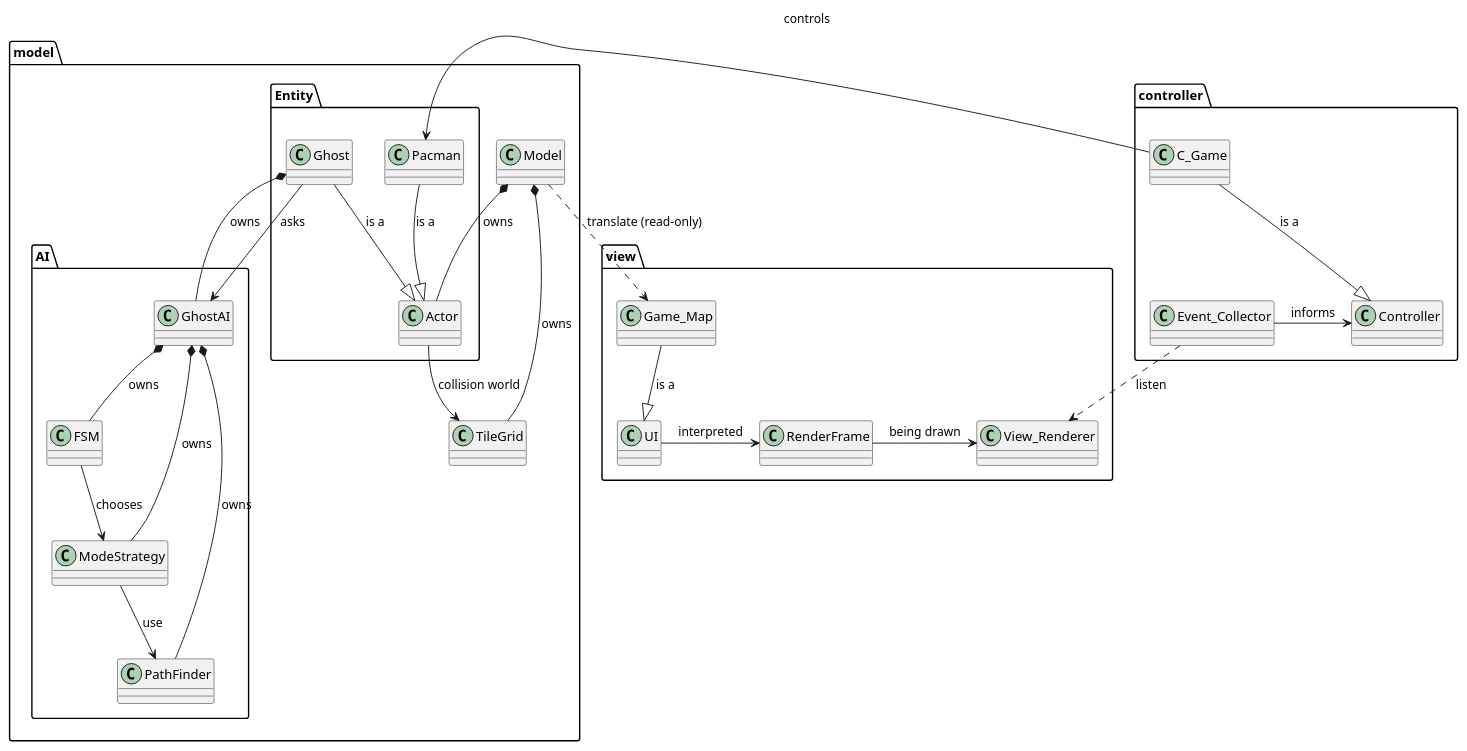
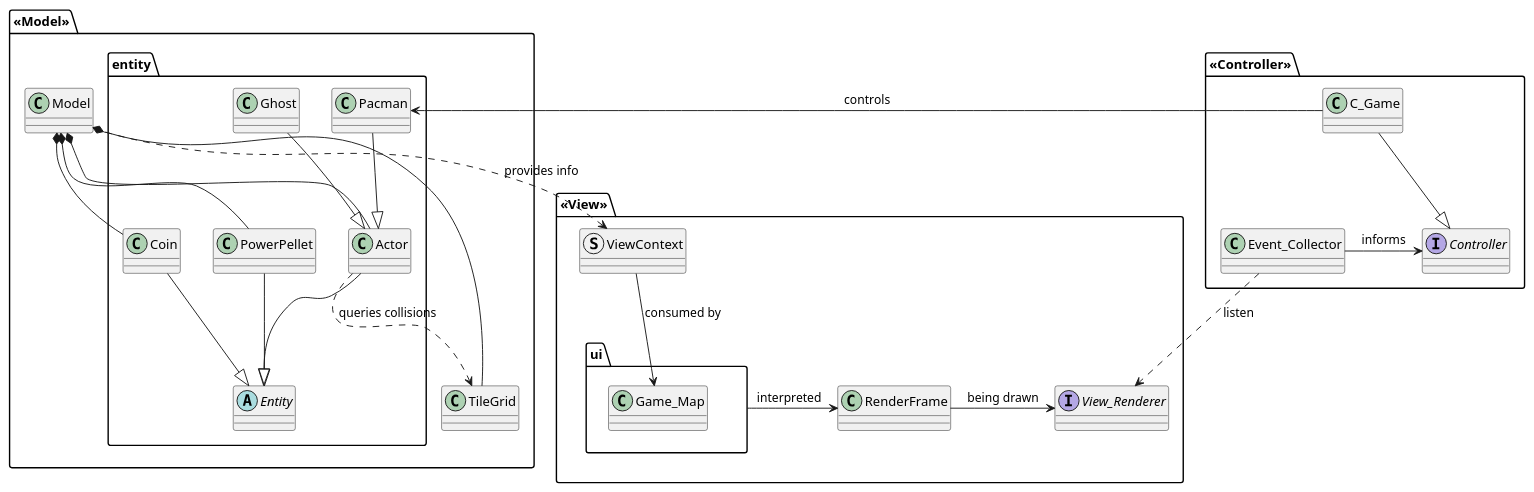
One commit to sukhoviidaniil/Pacman-AP-2025-2026 changed the diagram in report/mvc.puml. Above: the diagram before and after it, drawn with PlantUML. The commit also changed 6 other files, not shown here.

```diff
--- a/report/mvc.puml
+++ b/report/mvc.puml
@@ -1,70 +1,62 @@
 @startuml
 
 
-package model {
-    package AI{
-        class GhostAI
-        class FSM
-        class ModeStrategy
-        class PathFinder
+package <<Model>> {
+    package entity {
+        abstract class Entity
+        class Actor
+        class Pacman
+        class Ghost
+        class Coin
+        class PowerPellet
     }
-    package Entity{
-        class Actor
-        class Ghost
-        class Pacman
-    }
+
     class Model
     class TileGrid
 }
 
 
-package view {
-
-    class UI
-    class Game_Map
+package <<View>> {
+    struct ViewContext
+    interface View_Renderer
     class RenderFrame
-
-    class View_Renderer
+    package ui{
+        class Game_Map
+    }
 }
 
-package controller {
+package <<Controller>> {
     class Event_Collector
-    class Controller
+    interface Controller
     class C_Game
 }
 
-Model *-- TileGrid: owns
-Model *-- Actor: owns
-Model ..> Game_Map : translate (read-only)
+ViewContext --> Game_Map : consumed by
 
-Actor --> TileGrid: collision world
+Coin --|> Entity
+PowerPellet --|> Entity
 
-Pacman --|> Actor: is a
+Actor --|> Entity
+Actor ..> TileGrid: queries collisions
 
-Ghost --|> Actor: is a
-Ghost --> GhostAI: asks
-Ghost *-- GhostAI: owns
+Pacman --|> Actor
 
-GhostAI *-- FSM: owns
-GhostAI *-- ModeStrategy: owns
-GhostAI *-- PathFinder: owns
+Ghost --|> Actor
 
-FSM --> ModeStrategy: chooses
+Model *-- TileGrid
+Model *-- Actor
+Model *-- Coin
+Model *-- PowerPellet
+Model ..> ViewContext : provides info
 
-ModeStrategy --> PathFinder : use
-
-''
-Game_Map --|> UI: is a
-
-
-UI -> RenderFrame: interpreted
+ui -> RenderFrame: interpreted
 
 RenderFrame -> View_Renderer: being drawn
 
 Event_Collector ..> View_Renderer : listen
 Event_Collector -> Controller : informs
 
-C_Game --|> Controller: is a
+C_Game --|> Controller
 C_Game -> Pacman : controls
 
 @enduml
```
